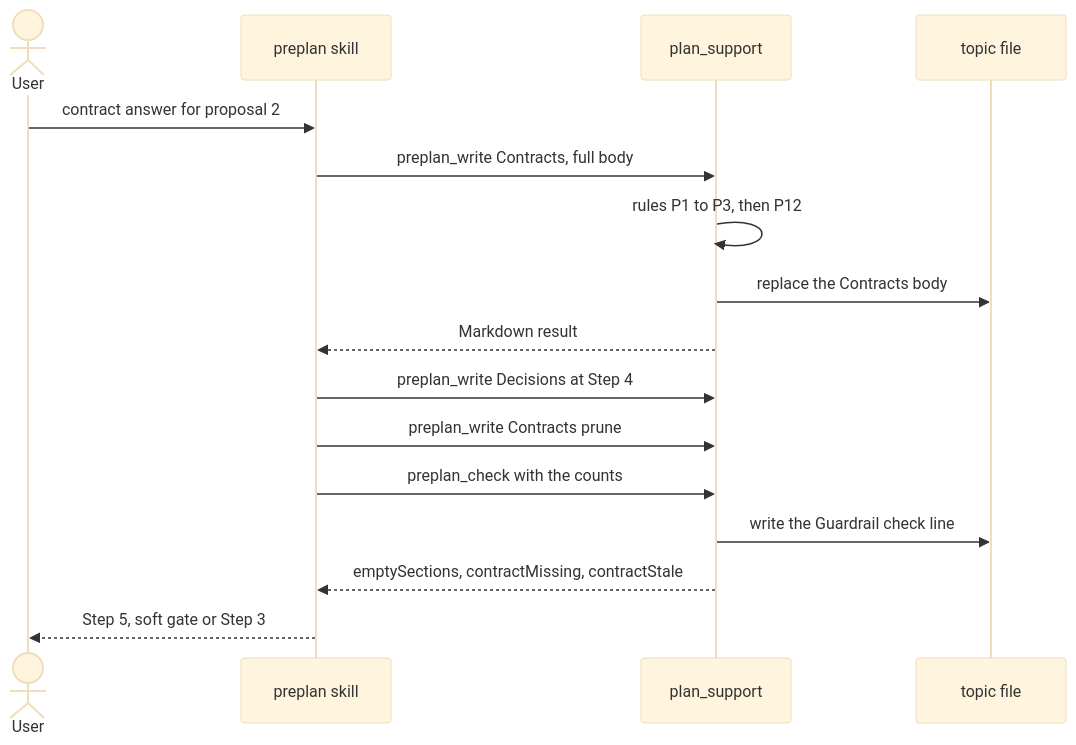
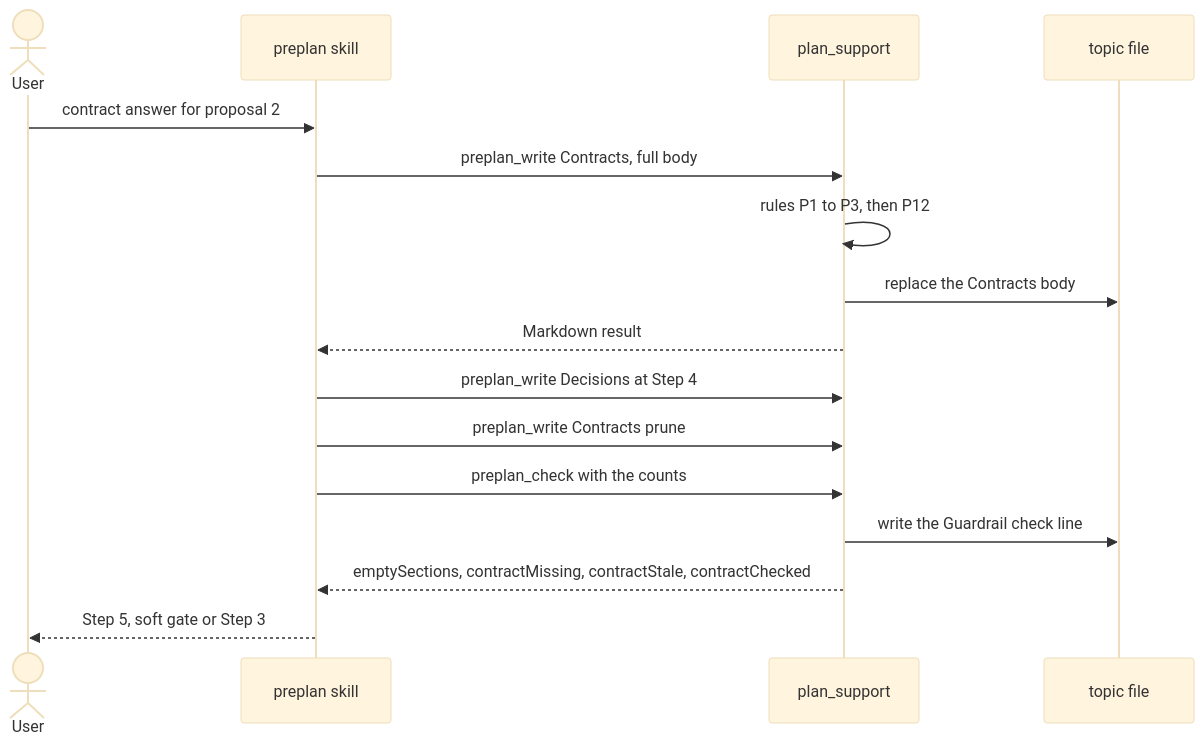
One commit to rnagrodzki/sdlc-plugin changed the second of 3 diagrams in openspec/changes/preplan-contracts-section/design.md. Above: the diagram before and after it, drawn with Mermaid (base theme). The commit also changed other lines of this file and 20 other files, not shown here.

````diff
--- a/openspec/changes/preplan-contracts-section/design.md
+++ b/openspec/changes/preplan-contracts-section/design.md
@@ -78,18 +78,18 @@
 ```mermaid
 sequenceDiagram
   actor U as User
   participant S as preplan skill
   participant T as plan_support
   participant F as topic file
   U->>S: contract answer for proposal 2
   S->>T: preplan_write Contracts, full body
   T->>T: rules P1 to P3, then P12
   T->>F: replace the Contracts body
   T-->>S: Markdown result
   S->>T: preplan_write Decisions at Step 4
   S->>T: preplan_write Contracts prune
   S->>T: preplan_check with the counts
   T->>F: write the Guardrail check line
-  T-->>S: emptySections, contractMissing, contractStale
+  T-->>S: emptySections, contractMissing, contractStale, contractChecked
   S-->>U: Step 5, soft gate or Step 3
 ```
````
